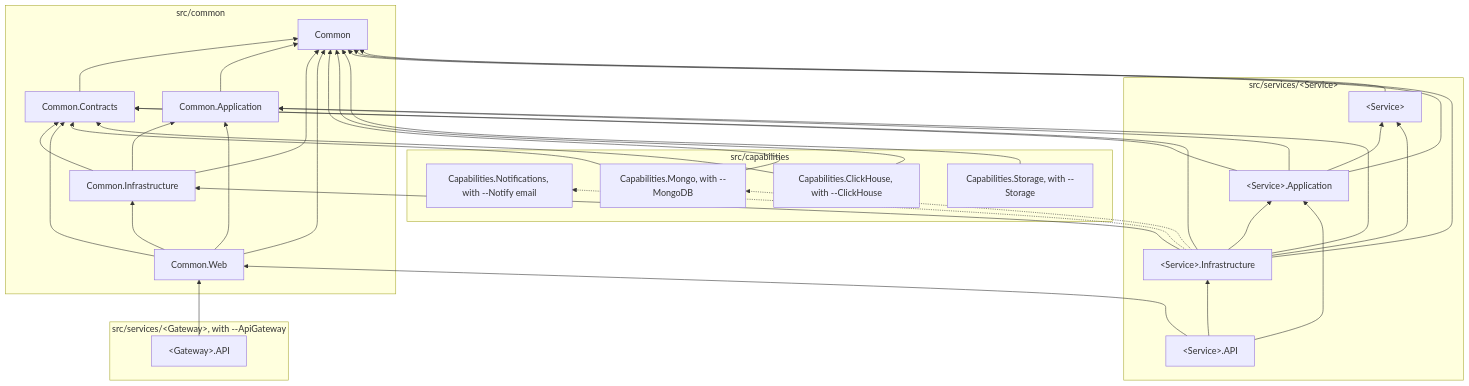
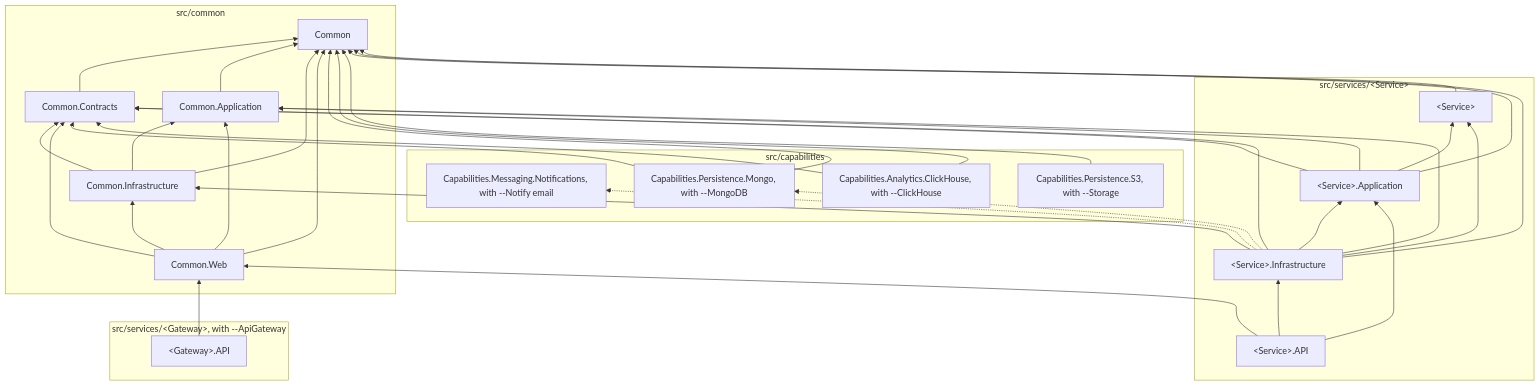
Before and after one commit to sawking-tech/DotNetSolutionKit: the diagram in docs/architecture/projects-and-layers.md, drawn with Mermaid. The commit also changed other lines of this file and 58 other files, not shown here.

````diff
--- a/docs/architecture/projects-and-layers.md
+++ b/docs/architecture/projects-and-layers.md
@@ -8,44 +8,44 @@
 ```mermaid
 flowchart BT
     subgraph common [src/common]
         C[Common]
         CC[Common.Contracts] --> C
         CA[Common.Application] --> C
         CI[Common.Infrastructure] --> C
         CI --> CA
         CI --> CC
         CW[Common.Web] --> C
         CW --> CC
         CW --> CA
         CW --> CI
     end
     subgraph capabilities [src/capabilities]
-        CN["Capabilities.Notifications, with --Notify email"]
-        CM["Capabilities.Mongo, with --MongoDB"] --> C
+        CN["Capabilities.Messaging.Notifications, with --Notify email"]
+        CM["Capabilities.Persistence.Mongo, with --MongoDB"] --> C
         CM --> CC
-        CCH["Capabilities.ClickHouse, with --ClickHouse"] --> C
+        CCH["Capabilities.Analytics.ClickHouse, with --ClickHouse"] --> C
         CCH --> CC
-        CS["Capabilities.Storage, with --Storage"] --> C
+        CS["Capabilities.Persistence.S3, with --Storage"] --> C
     end
     subgraph service ["src/services/#lt;Service#gt;"]
         D["#lt;Service#gt;"] --> C
         A["#lt;Service#gt;.Application"] --> D
         A --> CA
         A --> C
         A --> CC
         I["#lt;Service#gt;.Infrastructure"] --> D
         I --> A
         I --> C
         I --> CA
         I --> CI
         I --> CC
         I -.-> CN
         I -.-> CM
         API["#lt;Service#gt;.API"] --> A
         API --> I
         API --> CW
     end
     subgraph gateway ["src/services/#lt;Gateway#gt;, with --ApiGateway"]
         G["#lt;Gateway#gt;.API"] --> CW
     end
 ```
````
